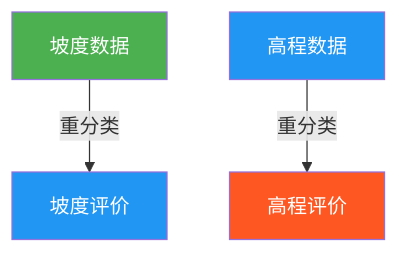
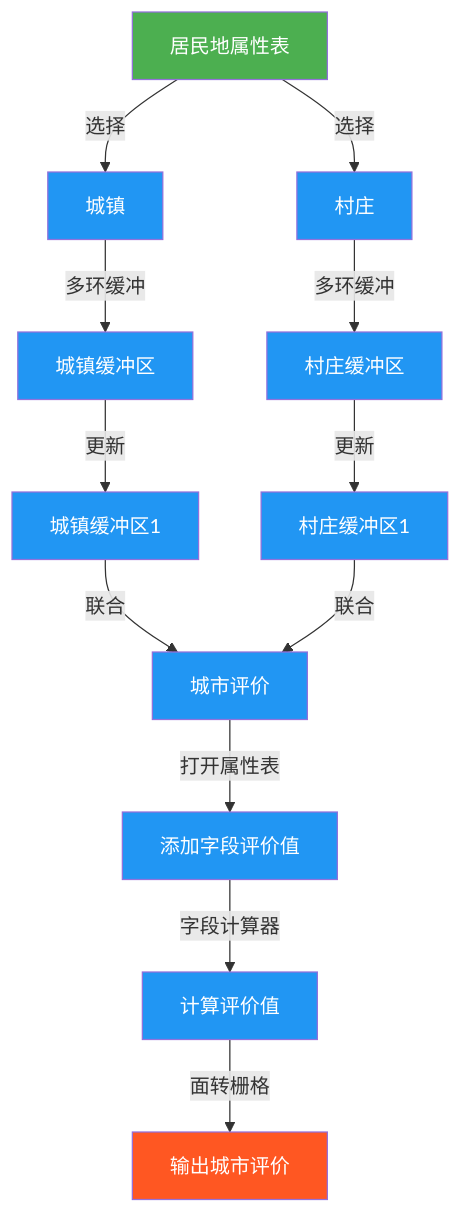
One commit to newguser/iodraw-files changed the diagram in all/未命名.md. Above: the diagram before and after it, drawn with Mermaid.

Commit message:
2025-02-27 16:17:21 update

````diff
--- a/all/未命名.md
+++ b/all/未命名.md
@@ -1,10 +1,19 @@
 ```mermaid
 graph TD
-    A[坡度数据] -->|重分类| B[坡度评价]
-    C[高程数据] -->|重分类| D[高程评价]
+    A[居民地属性表] -->|选择| B[城镇]
+    B -->|多环缓冲| C[城镇缓冲区]
+    C -->|更新| D[城镇缓冲区1]
+    A -->|选择| E[村庄]
+    E -->|多环缓冲| F[村庄缓冲区]
+    F -->|更新| G[村庄缓冲区1]
+    D -->|联合| H[城市评价]
+    G -->|联合| H
+    H -->|打开属性表| I[添加字段评价值]
+    I -->|字段计算器| J[计算评价值]
+    J -->|面转栅格| K[输出城市评价]
 
     style A fill:#4CAF50,color:white
-    style D fill:#FF5722,color:white
+    style K fill:#FF5722,color:white
     classDef process fill:#2196F3,color:white;
-    class B,C process
+    class B,C,D,E,F,G,H,I,J process
 ```
````
